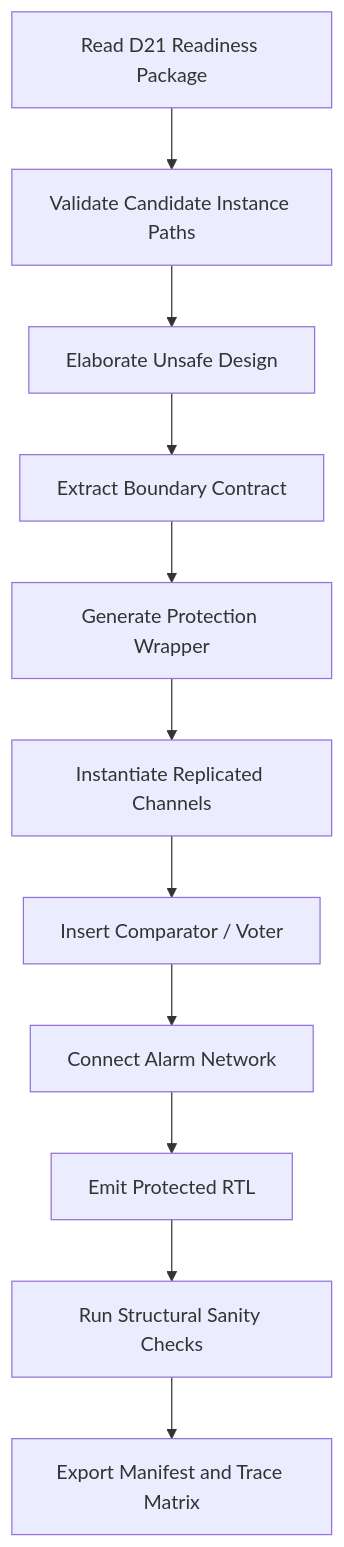
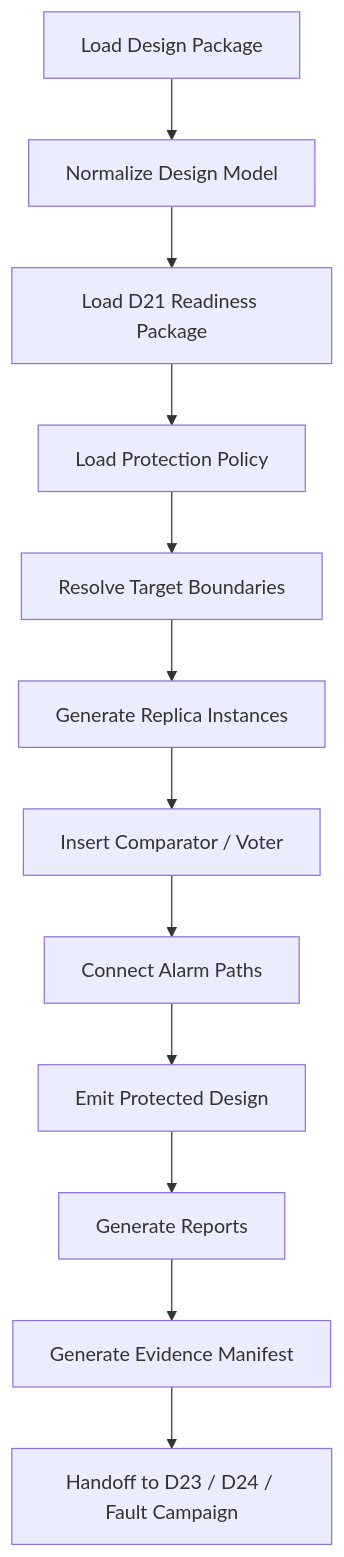
One commit to qiqixixi1001/automotive-safeic-practice changed the eighth of 9 diagrams in articles/GitHub_D22_macro_level_safety_synthesis.md. Above: the diagram before and after it, drawn with Mermaid. The commit also changed other lines of this file, not shown here.

````diff
--- a/articles/GitHub_D22_macro_level_safety_synthesis.md
+++ b/articles/GitHub_D22_macro_level_safety_synthesis.md
@@ -474,13 +500,14 @@
 ```mermaid
-flowchart TD
-    A[Read D21 Readiness Package] --> B[Validate Candidate Instance Paths]
-    B --> C[Elaborate Unsafe Design]
-    C --> D[Extract Boundary Contract]
-    D --> E[Generate Protection Wrapper]
-    E --> F[Instantiate Replicated Channels]
+flowchart TB
+    A[Load Design Package] --> B[Normalize Design Model]
+    B --> C[Load D21 Readiness Package]
+    C --> D[Load Protection Policy]
+    D --> E[Resolve Target Boundaries]
+    E --> F[Generate Replica Instances]
     F --> G[Insert Comparator / Voter]
-    G --> H[Connect Alarm Network]
-    H --> I[Emit Protected RTL]
-    I --> J[Run Structural Sanity Checks]
-    J --> K[Export Manifest and Trace Matrix]
+    G --> H[Connect Alarm Paths]
+    H --> I[Emit Protected Design]
+    I --> J[Generate Reports]
+    J --> K[Generate Evidence Manifest]
+    K --> L[Handoff to D23 / D24 / Fault Campaign]
 ```
````
